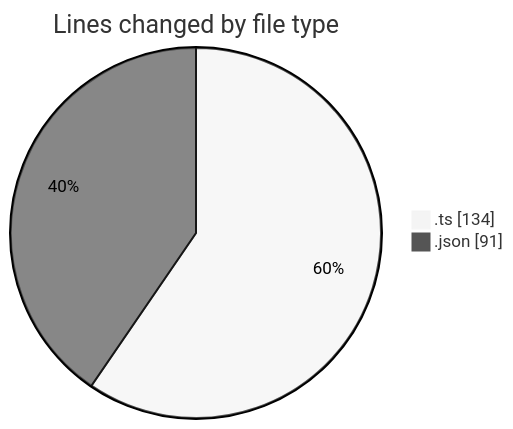
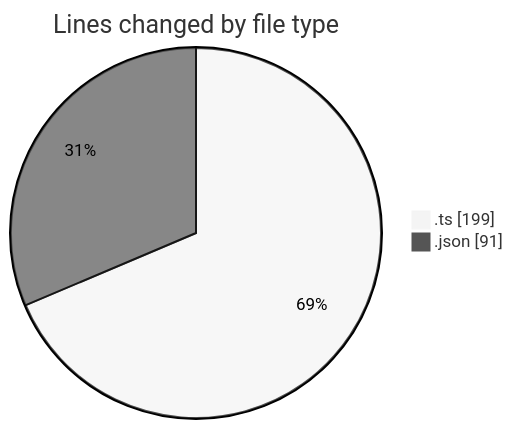
One commit to donsfak/code-tracking changed the first of 2 diagrams in 2025-02-08/maps_clone/README.md. Above: the diagram before and after it, drawn with Mermaid (neutral theme). The commit also changed other lines of this file and 1 other file, not shown here.

````diff
--- a/2025-02-08/maps_clone/README.md
+++ b/2025-02-08/maps_clone/README.md
@@ -21,6 +21,6 @@
 ```mermaid
 pie showData
 title Lines changed by file type
-".ts" : 134
+".ts" : 199
 ".json" : 91
 ```
````
